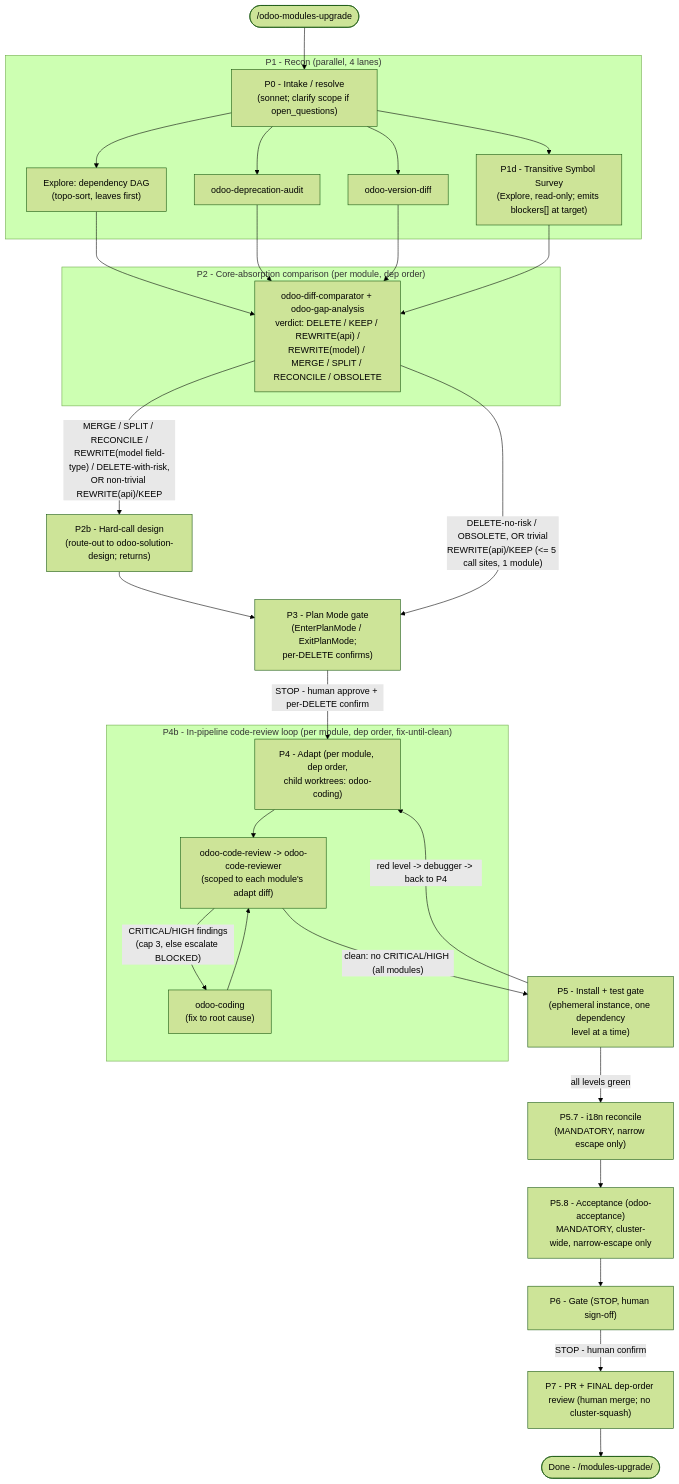
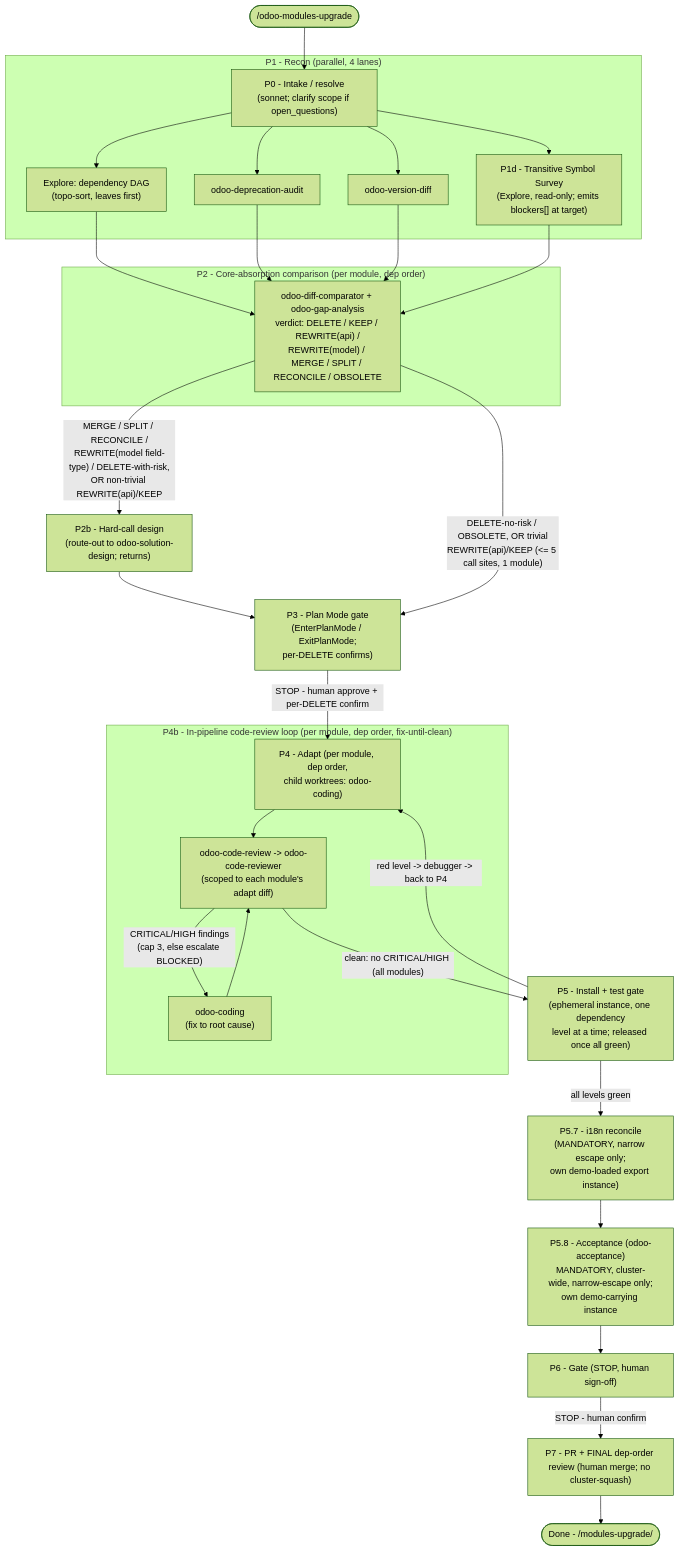
The seventh of 9 diagrams in plugins/odoo-ai-agents/README.md (Viindoo/odoo-mcp-client), drawn with Mermaid (forest theme) before and after one commit. The commit also changed other lines of this file and 148 other files, not shown here.

````diff
--- a/plugins/odoo-ai-agents/README.md
+++ b/plugins/odoo-ai-agents/README.md
@@ -532,38 +533,38 @@
 ```mermaid
 flowchart TD
     START(["/odoo-modules-upgrade"])
     START --> P0["P0 - Intake / resolve<br/>(sonnet; clarify scope if open_questions)"]
 
     subgraph P1_grp["P1 - Recon (parallel, 4 lanes)"]
         P0 --> R1["Explore: dependency DAG<br/>(topo-sort, leaves first)"]
         P0 --> R2["odoo-deprecation-audit"]
         P0 --> R3["odoo-version-diff"]
         P0 --> R4["P1d - Transitive Symbol Survey<br/>(Explore, read-only; emits blockers[] at target)"]
     end
 
     subgraph P2_grp["P2 - Core-absorption comparison (per module, dep order)"]
         R1 --> CMP["odoo-diff-comparator + odoo-gap-analysis<br/>verdict: DELETE / KEEP / REWRITE(api) /<br/>REWRITE(model) / MERGE / SPLIT / RECONCILE / OBSOLETE"]
     end
     R2 --> CMP
     R3 --> CMP
     R4 --> CMP
 
     CMP -->|"MERGE / SPLIT / RECONCILE /<br/>REWRITE(model field-type) / DELETE-with-risk,<br/>OR non-trivial REWRITE(api)/KEEP"| P2b["P2b - Hard-call design<br/>(route-out to odoo-solution-design; returns)"]
     P2b --> P3_gate
     CMP -->|"DELETE-no-risk / OBSOLETE, OR trivial<br/>REWRITE(api)/KEEP (<= 5 call sites, 1 module)"| P3_gate["P3 - Plan Mode gate<br/>(EnterPlanMode / ExitPlanMode;<br/>per-DELETE confirms)"]
     P3_gate -->|"STOP - human approve + per-DELETE confirm"| P4["P4 - Adapt (per module, dep order,<br/>child worktrees: odoo-coding)"]
 
     subgraph P4b_grp["P4b - In-pipeline code-review loop (per module, dep order, fix-until-clean)"]
         P4 --> RV["odoo-code-review -> odoo-code-reviewer<br/>(scoped to each module's adapt diff)"]
         RV -->|"CRITICAL/HIGH findings<br/>(cap 3, else escalate BLOCKED)"| FX["odoo-coding<br/>(fix to root cause)"]
         FX --> RV
     end
 
-    RV -->|"clean: no CRITICAL/HIGH (all modules)"| P5["P5 - Install + test gate<br/>(ephemeral instance, one dependency<br/>level at a time)"]
+    RV -->|"clean: no CRITICAL/HIGH (all modules)"| P5["P5 - Install + test gate<br/>(ephemeral instance, one dependency<br/>level at a time; released once all green)"]
     P5 -->|"red level -> debugger -> back to P4"| P4
-    P5 -->|"all levels green"| P57["P5.7 - i18n reconcile<br/>(MANDATORY, narrow escape only)"]
-    P57 --> P58["P5.8 - Acceptance (odoo-acceptance)<br/>MANDATORY, cluster-wide, narrow-escape only"]
+    P5 -->|"all levels green"| P57["P5.7 - i18n reconcile<br/>(MANDATORY, narrow escape only;<br/>own demo-loaded export instance)"]
+    P57 --> P58["P5.8 - Acceptance (odoo-acceptance)<br/>MANDATORY, cluster-wide, narrow-escape only;<br/>own demo-carrying instance"]
     P58 --> P6["P6 - Gate (STOP, human sign-off)"]
     P6 -->|"STOP - human confirm"| P7["P7 - PR + FINAL dep-order review (human merge; no cluster-squash)"]
     P7 --> DONE(["Done - <ISOLATE_DIR>/modules-upgrade/"])
 ```
````
